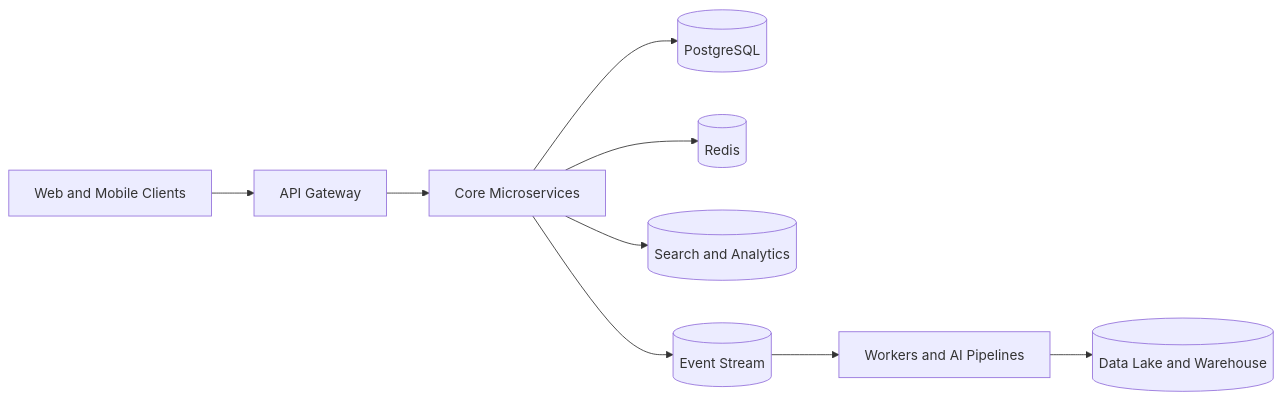
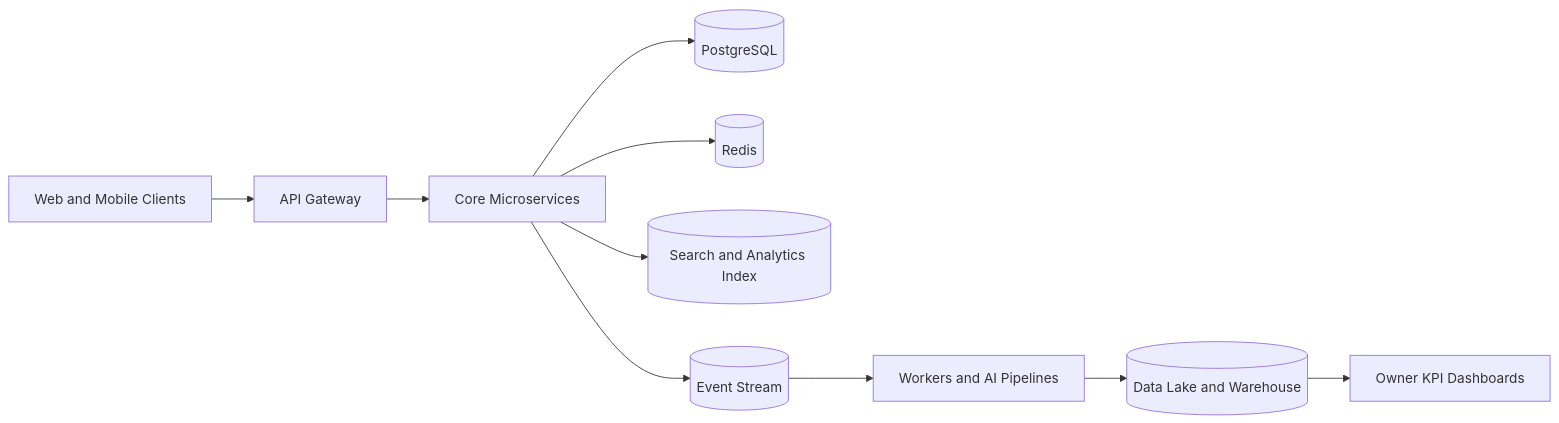
Before and after one commit to phamhungptithcm/growthso: the diagram in docs/architecture/system-overview.md, drawn with Mermaid. The commit also changed other lines of this file and 28 other files, not shown here.

````diff
--- a/docs/architecture/system-overview.md
+++ b/docs/architecture/system-overview.md
@@ -5,11 +9,12 @@
 ```mermaid
 flowchart LR
     A[Web and Mobile Clients] --> B[API Gateway]
     B --> C[Core Microservices]
     C --> D[(PostgreSQL)]
     C --> E[(Redis)]
-    C --> F[(Search and Analytics)]
+    C --> F[(Search and Analytics Index)]
     C --> G[(Event Stream)]
     G --> H[Workers and AI Pipelines]
     H --> I[(Data Lake and Warehouse)]
+    I --> J[Owner KPI Dashboards]
 ```
````
